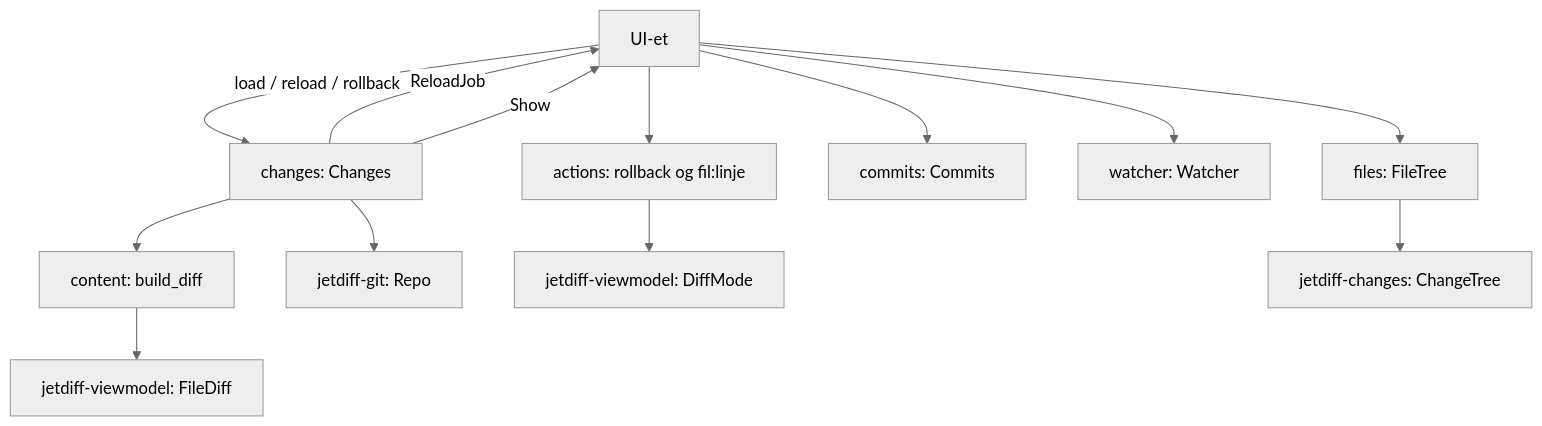
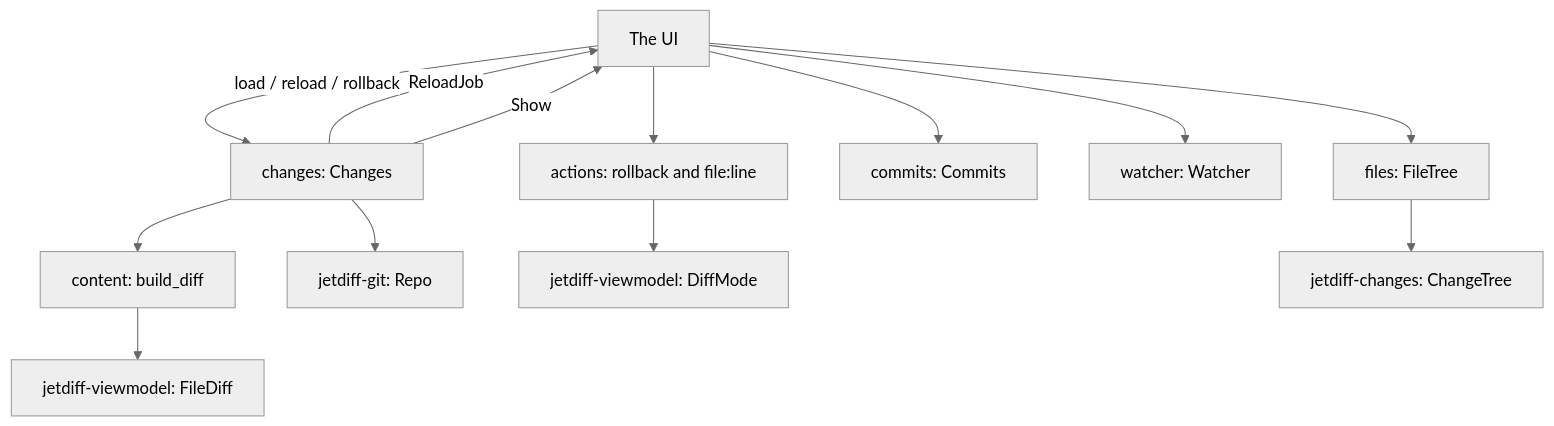
One commit to akemkers/jetdiff changed the diagram in crates/jetdiff-app/README.md. Above: the diagram before and after it, drawn with Mermaid (neutral theme). The commit also changed other lines of this file and 15 other files, not shown here.

````diff
--- a/crates/jetdiff-app/README.md
+++ b/crates/jetdiff-app/README.md
@@ -64,15 +64,15 @@
 ```mermaid
 graph TD
-    ui[UI-et] -- load / reload / rollback --> changes[changes: Changes]
+    ui[The UI] -- load / reload / rollback --> changes[changes: Changes]
     changes -- ReloadJob --> ui
     changes -- Show --> ui
     changes --> content[content: build_diff]
     content --> view[jetdiff-viewmodel: FileDiff]
     changes --> git[jetdiff-git: Repo]
     ui --> files[files: FileTree]
     ui --> commits[commits: Commits]
     ui --> watcher[watcher: Watcher]
-    ui --> actions[actions: rollback og fil:linje]
+    ui --> actions[actions: rollback and file:line]
     actions --> mode[jetdiff-viewmodel: DiffMode]
     files --> tree[jetdiff-changes: ChangeTree]
 ```
````
